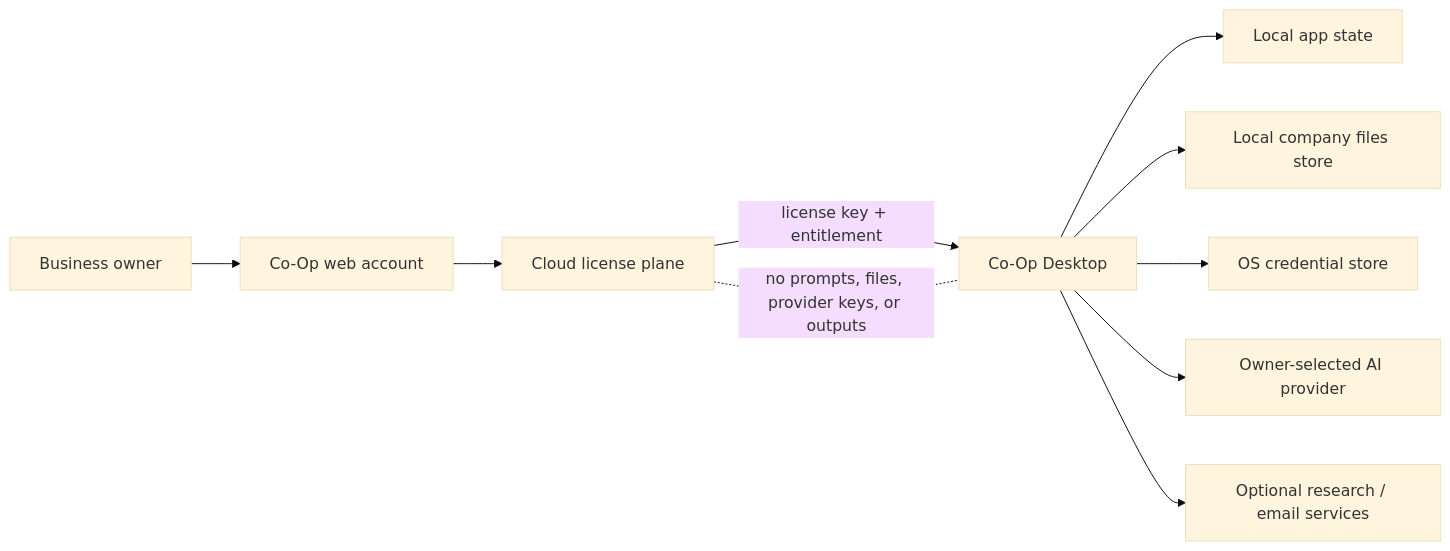
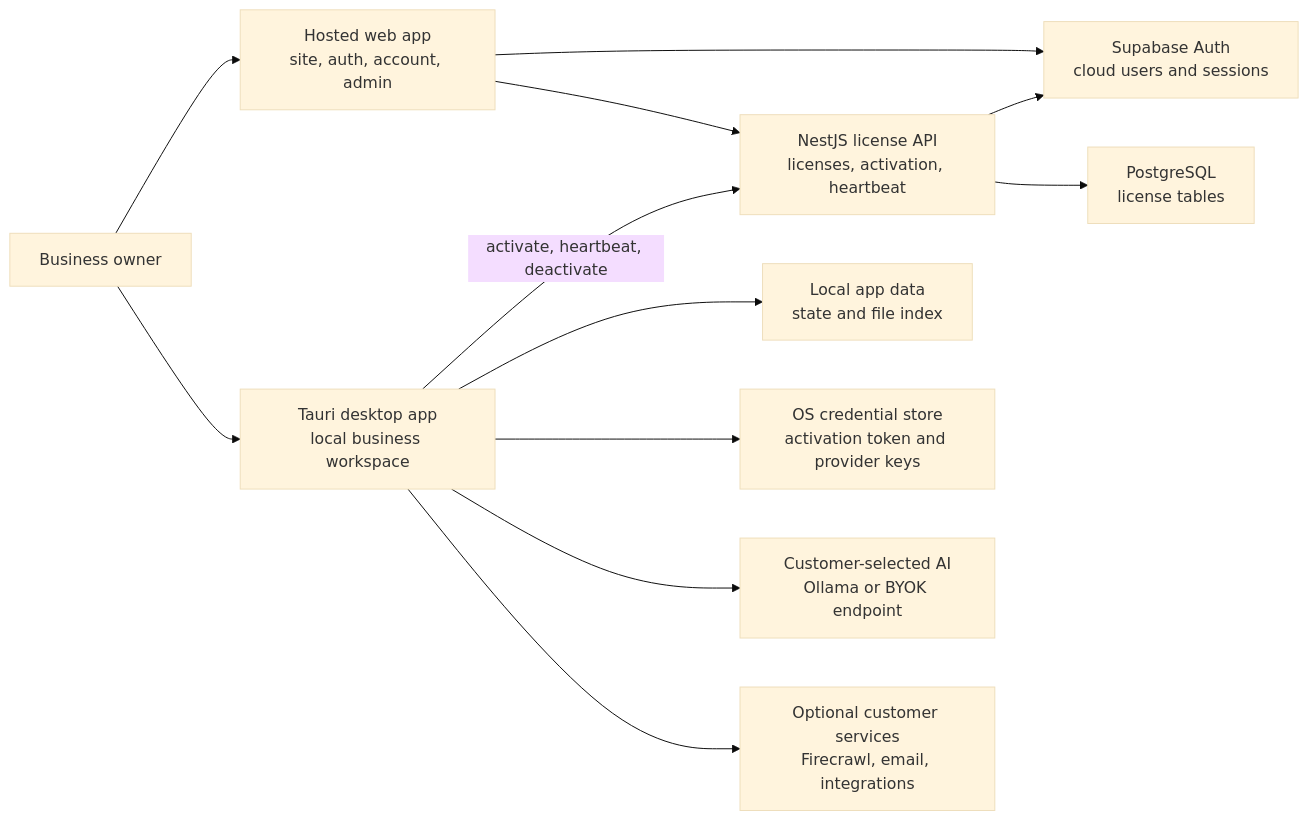
Before and after one commit to Afnanksalal/co-op: the first of 4 diagrams in docs/ARCHITECTURE.md, drawn with Mermaid (base theme). The commit also changed other lines of this file and 44 other files, not shown here.

First line of the commit message:
Docs: reinforce desktop-local boundary and security

````diff
--- a/docs/ARCHITECTURE.md
+++ b/docs/ARCHITECTURE.md
@@ -7,13 +7,25 @@
 ```mermaid
 flowchart LR
-  Owner["Business owner"] --> Web["Co-Op web account"]
-  Web --> License["Cloud license plane"]
-  License -->|"license key + entitlement"| Desktop["Co-Op Desktop"]
-  Desktop --> LocalState["Local app state"]
-  Desktop --> Knowledge["Local company files store"]
-  Desktop --> Secrets["OS credential store"]
-  Desktop --> Provider["Owner-selected AI provider"]
-  Desktop --> Optional["Optional research / email services"]
+  Owner["Business owner"]
+  Browser["Hosted web app<br/>site, auth, account, admin"]
+  Supabase["Supabase Auth<br/>cloud users and sessions"]
+  API["NestJS license API<br/>licenses, activation, heartbeat"]
+  DB["PostgreSQL<br/>license tables"]
+  Desktop["Tauri desktop app<br/>local business workspace"]
+  AppData["Local app data<br/>state and file index"]
+  Keychain["OS credential store<br/>activation token and provider keys"]
+  AI["Customer-selected AI<br/>Ollama or BYOK endpoint"]
+  Services["Optional customer services<br/>Firecrawl, email, integrations"]
 
-  License -. "no prompts, files, provider keys, or outputs" .- Desktop
+  Owner --> Browser
+  Browser --> Supabase
+  Browser --> API
+  API --> Supabase
+  API --> DB
+  Owner --> Desktop
+  Desktop -->|"activate, heartbeat, deactivate"| API
+  Desktop --> AppData
+  Desktop --> Keychain
+  Desktop --> AI
+  Desktop --> Services
 ```
````
